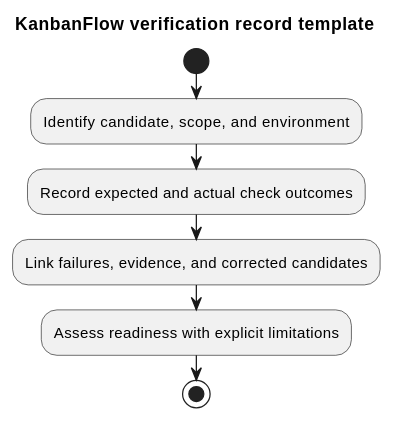
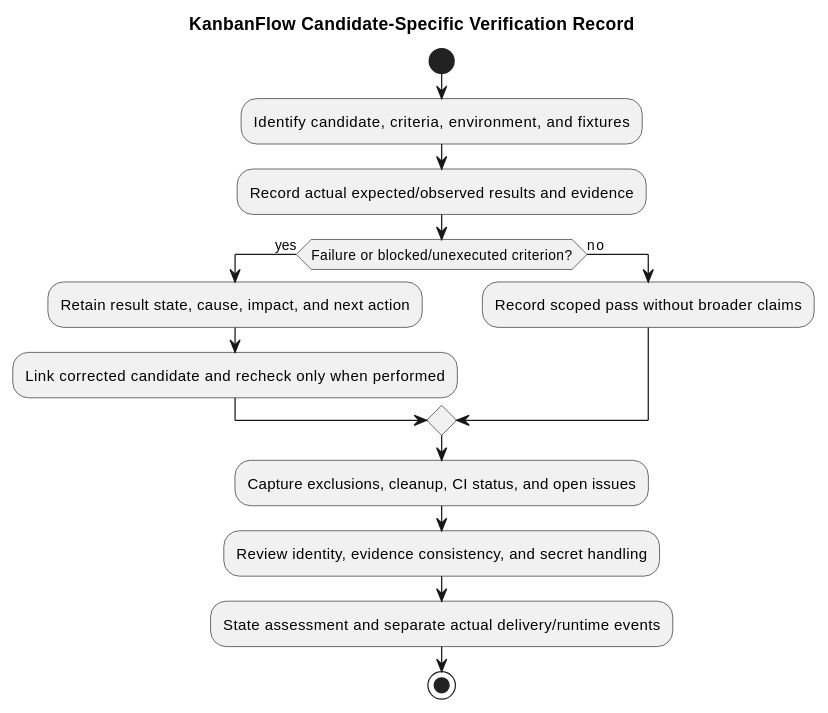
One commit to Farhad-Valizadegan/Web-KanbanFlow changed the diagram in docs/SDLC/06-testing/verification-record-template.md. Above: the diagram before and after it, drawn with PlantUML. The commit also changed other lines of this file and 2 other files, not shown here.

Commit message:
docs: complete verification record fields and result guidance

````diff
--- a/docs/SDLC/06-testing/verification-record-template.md
+++ b/docs/SDLC/06-testing/verification-record-template.md
@@ -55,11 +122,18 @@
 ```plantuml
 @startuml
-title KanbanFlow verification record template
+title KanbanFlow Candidate-Specific Verification Record
 start
-:Identify candidate, scope, and environment;
-:Record expected and actual check outcomes;
-:Link failures, evidence, and corrected candidates;
-:Assess readiness with explicit limitations;
+:Identify candidate, criteria, environment, and fixtures;
+:Record actual expected/observed results and evidence;
+if (Failure or blocked/unexecuted criterion?) then (yes)
+ :Retain result state, cause, impact, and next action;
+ :Link corrected candidate and recheck only when performed;
+else (no)
+ :Record scoped pass without broader claims;
+endif
+:Capture exclusions, cleanup, CI status, and open issues;
+:Review identity, evidence consistency, and secret handling;
+:State assessment and separate actual delivery/runtime events;
 stop
 @enduml
 ```
````
